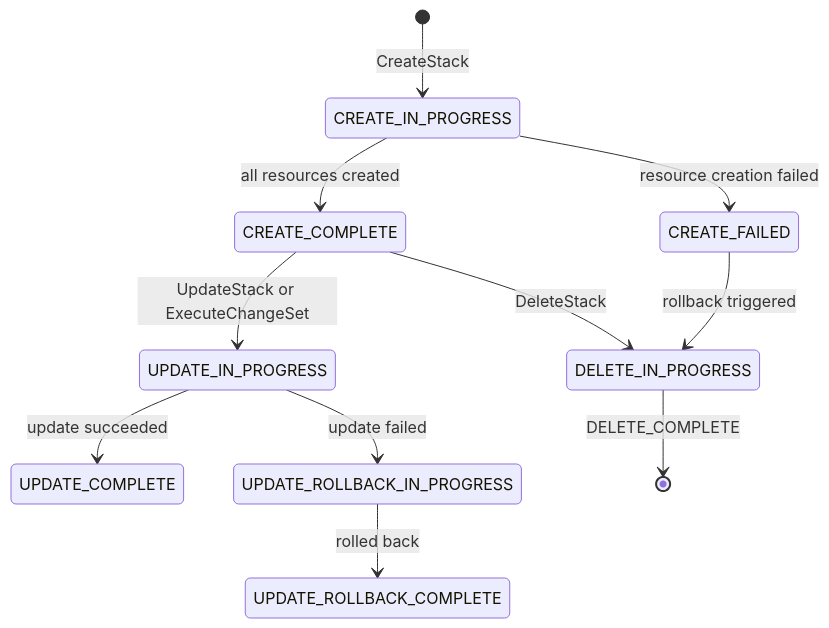
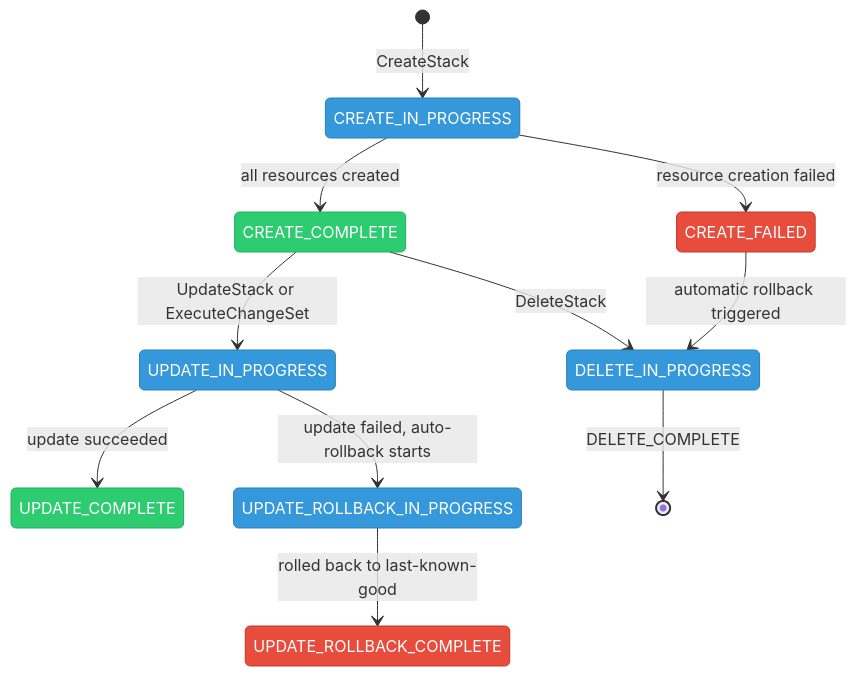
Before and after one commit to deepanshu-rawat6/DevOpsIndex: the second of 6 diagrams in iac/cloudformation/README.md, drawn with Mermaid. The commit also changed other lines of this file and 17 other files, not shown here.

````diff
--- a/iac/cloudformation/README.md
+++ b/iac/cloudformation/README.md
@@ -34,13 +53,21 @@
 ```mermaid
 stateDiagram-v2
+    classDef success fill:#2ecc71,stroke:#27ae60,color:#fff
+    classDef failure fill:#e74c3c,stroke:#c0392b,color:#fff
+    classDef progress fill:#3498db,stroke:#2980b9,color:#fff
+
     [*] --> CREATE_IN_PROGRESS: CreateStack
     CREATE_IN_PROGRESS --> CREATE_COMPLETE: all resources created
     CREATE_IN_PROGRESS --> CREATE_FAILED: resource creation failed
-    CREATE_FAILED --> DELETE_IN_PROGRESS: rollback triggered
+    CREATE_FAILED --> DELETE_IN_PROGRESS: automatic rollback triggered
     CREATE_COMPLETE --> UPDATE_IN_PROGRESS: UpdateStack or ExecuteChangeSet
     UPDATE_IN_PROGRESS --> UPDATE_COMPLETE: update succeeded
-    UPDATE_IN_PROGRESS --> UPDATE_ROLLBACK_IN_PROGRESS: update failed
-    UPDATE_ROLLBACK_IN_PROGRESS --> UPDATE_ROLLBACK_COMPLETE: rolled back
+    UPDATE_IN_PROGRESS --> UPDATE_ROLLBACK_IN_PROGRESS: update failed, auto-rollback starts
+    UPDATE_ROLLBACK_IN_PROGRESS --> UPDATE_ROLLBACK_COMPLETE: rolled back to last-known-good
     CREATE_COMPLETE --> DELETE_IN_PROGRESS: DeleteStack
     DELETE_IN_PROGRESS --> [*]: DELETE_COMPLETE
+
+    class CREATE_COMPLETE,UPDATE_COMPLETE success
+    class CREATE_FAILED,UPDATE_ROLLBACK_COMPLETE failure
+    class CREATE_IN_PROGRESS,UPDATE_IN_PROGRESS,UPDATE_ROLLBACK_IN_PROGRESS,DELETE_IN_PROGRESS progress
 ```
````
